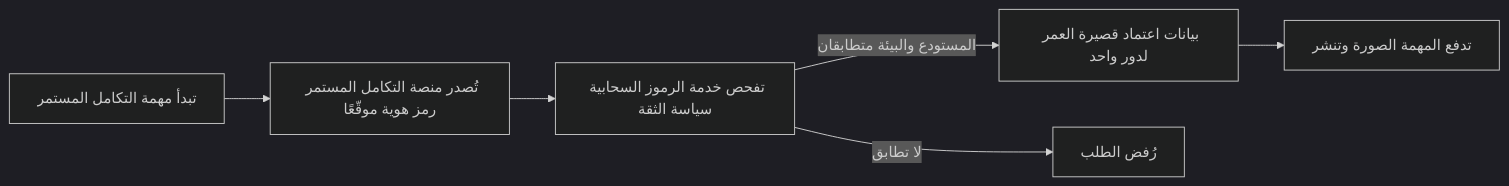
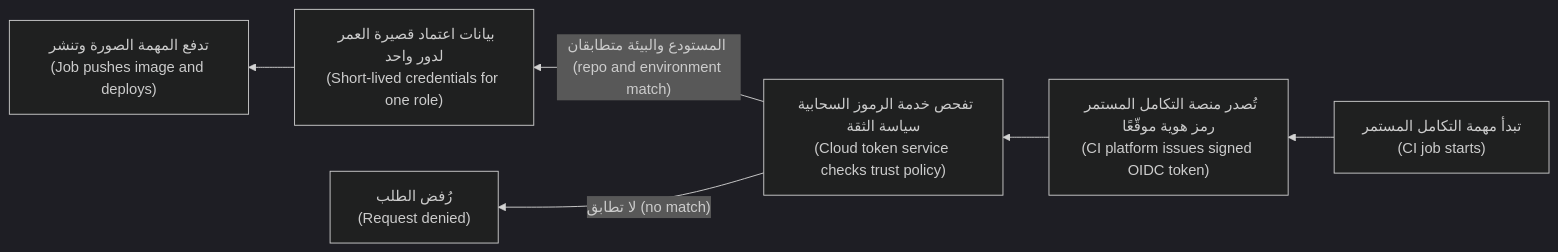
One commit to Tamoura/system-design-for-vibe-coders changed the third of 3 diagrams in cloud/modules/01-foundations.ar.md. Above: the diagram before and after it, drawn with Mermaid (dark theme). The commit also changed other lines of this file and 20 other files, not shown here.

First line of the commit message:
New courses: Arabic diagrams read right-to-left with English labels (modules 0–6)

````diff
--- a/cloud/modules/01-foundations.ar.md
+++ b/cloud/modules/01-foundations.ar.md
@@ -631,8 +631,8 @@
 ```mermaid
-flowchart LR
-    J["تبدأ مهمة التكامل المستمر"] --> T["تُصدر منصة التكامل المستمر رمز هوية موقّعًا"]
-    T --> S["تفحص خدمة الرموز السحابية سياسة الثقة"]
-    S -->|"المستودع والبيئة متطابقان"| C["بيانات اعتماد قصيرة العمر لدور واحد"]
-    C --> D["تدفع المهمة الصورة وتنشر"]
-    S -->|"لا تطابق"| X["رُفض الطلب"]
+flowchart RL
+    J["تبدأ مهمة التكامل المستمر<br/>(CI job starts)"] --> T["تُصدر منصة التكامل المستمر رمز هوية موقّعًا<br/>(CI platform issues signed OIDC token)"]
+    T --> S["تفحص خدمة الرموز السحابية سياسة الثقة<br/>(Cloud token service checks trust policy)"]
+    S -->|"المستودع والبيئة متطابقان (repo and environment match)"| C["بيانات اعتماد قصيرة العمر لدور واحد<br/>(Short-lived credentials for one role)"]
+    C --> D["تدفع المهمة الصورة وتنشر<br/>(Job pushes image and deploys)"]
+    S -->|"لا تطابق (no match)"| X["رُفض الطلب<br/>(Request denied)"]
 ```
````
